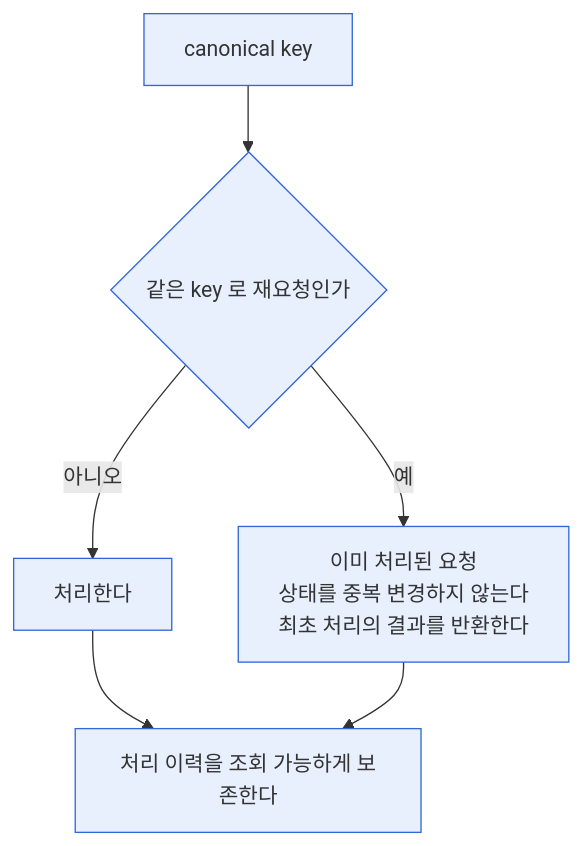
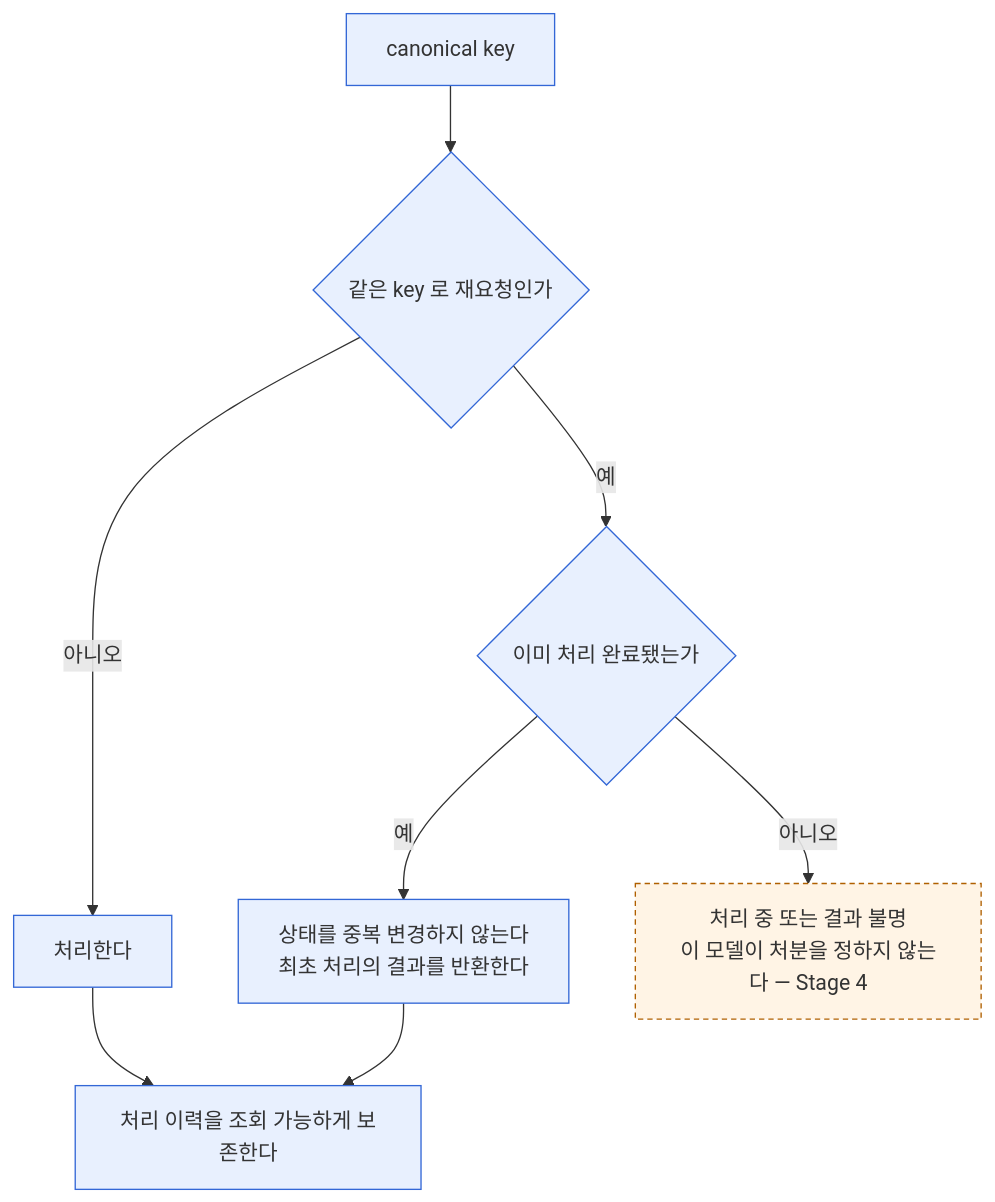
The seventh of 8 diagrams in docs/600000_implementation_lifecycle/601900_tenant_isolation_axis_v2/601905_Diagram_Tenant_Isolation_Axis_Model.md (mirunubi/yoonsul_wait_order_handoff), drawn with Mermaid before and after one commit. The commit also changed other lines of this file and 1 other file, not shown here.

````diff
--- a/docs/600000_implementation_lifecycle/601900_tenant_isolation_axis_v2/601905_Diagram_Tenant_Isolation_Axis_Model.md
+++ b/docs/600000_implementation_lifecycle/601900_tenant_isolation_axis_v2/601905_Diagram_Tenant_Isolation_Axis_Model.md
@@ -345,11 +357,15 @@
 ```mermaid
 flowchart TB
   K2["canonical key"] --> J{"같은 key 로 재요청인가"}
   J -->|"아니오"| EXEC["처리한다"]
-  J -->|"예"| DUP["이미 처리된 요청<br/>상태를 중복 변경하지 않는다<br/>최초 처리의 결과를 반환한다"]
+  J -->|"예"| DONE{"이미 처리 완료됐는가"}
+  DONE -->|"예"| DUP["상태를 중복 변경하지 않는다<br/>최초 처리의 결과를 반환한다"]
+  DONE -->|"아니오"| PEND["처리 중 또는 결과 불명<br/>이 모델이 처분을 정하지 않는다 — Stage 4"]
   EXEC --> LOG["처리 이력을 조회 가능하게 보존한다"]
   DUP --> LOG
 
   classDef decided fill:#e8f0fe,stroke:#3367d6,stroke-width:1px
-  class K2,J,EXEC,DUP,LOG decided
+  classDef undecided fill:#fff4e5,stroke:#b06000,stroke-width:1px,stroke-dasharray:4 3
+  class K2,J,DONE,EXEC,DUP,LOG decided
+  class PEND undecided
 ```
````
